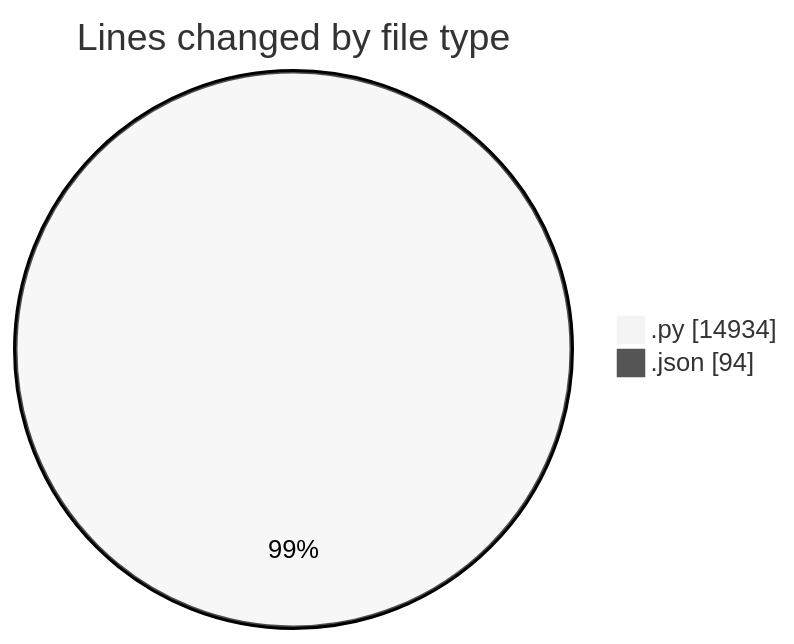
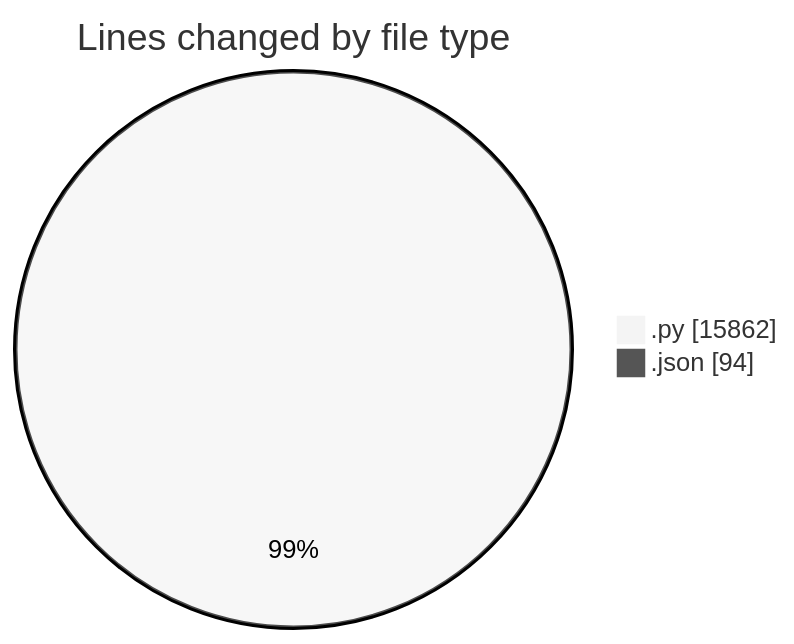
The first of 2 diagrams in 2025-07-14/telebot/README.md (jrari/code-tracking), drawn with Mermaid (neutral theme) before and after one commit. The commit also changed other lines of this file and 1 other file, not shown here.

````diff
--- a/2025-07-14/telebot/README.md
+++ b/2025-07-14/telebot/README.md
@@ -38,6 +39,6 @@
 ```mermaid
 pie showData
 title Lines changed by file type
-".py" : 14934
+".py" : 15862
 ".json" : 94
 ```
````
